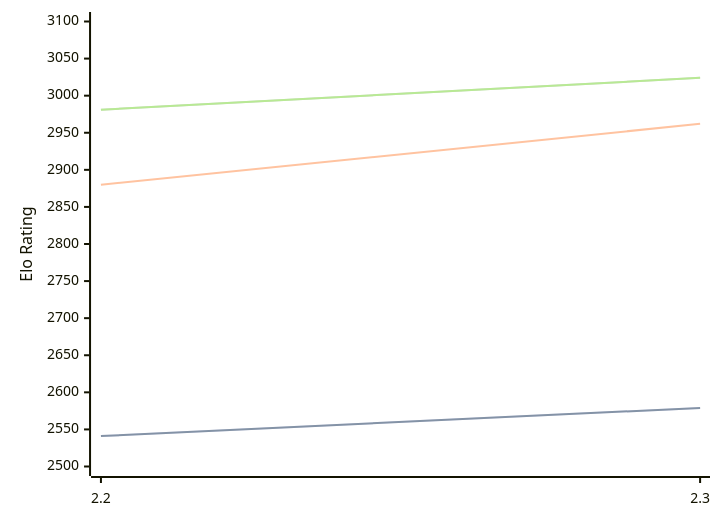
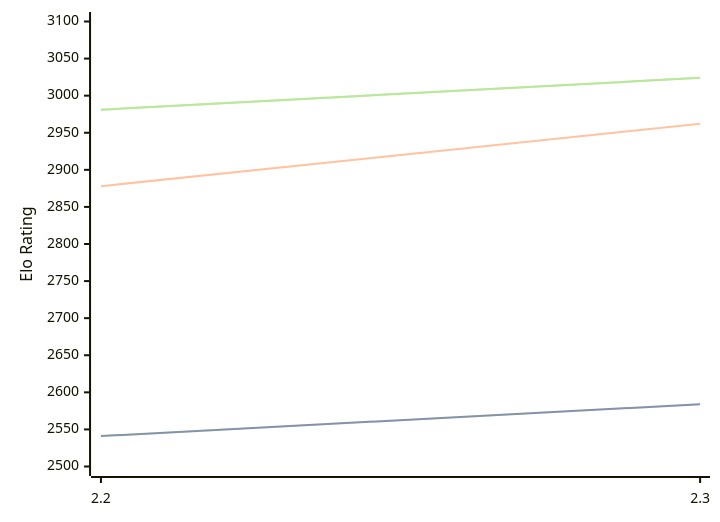
One commit to computer-chess-index/cci changed the diagram in engines/Sloth.md. Above: the diagram before and after it, drawn with Mermaid. The commit also changed other lines of this file, not shown here.

````diff
--- a/engines/Sloth.md
+++ b/engines/Sloth.md
@@ -32,11 +32,11 @@
 ```mermaid
 %%{init: {"theme":"base","themeVariables":{"seriesColors:['#a3a3a3','#222221','#faa371']}}}%%
 xychart-beta
   x-axis ["2.2", "2.3"]
   y-axis "Elo Rating" 2500 --> 3100
-  line "" [2541, 2579]
-  line "STC (8.0+0.08s)" [2541, 2579]
-  line "LTC (60.0+0.60s)" [2880, 2962]
+  line "" [2541, 2584]
+  line "STC (8.0+0.08s)" [2541, 2584]
+  line "LTC (60.0+0.60s)" [2878, 2962]
   line "" [2981, 3024]
   line "VLTC (2m24s+1.12s)" [2981, 3024]
 ```
````
